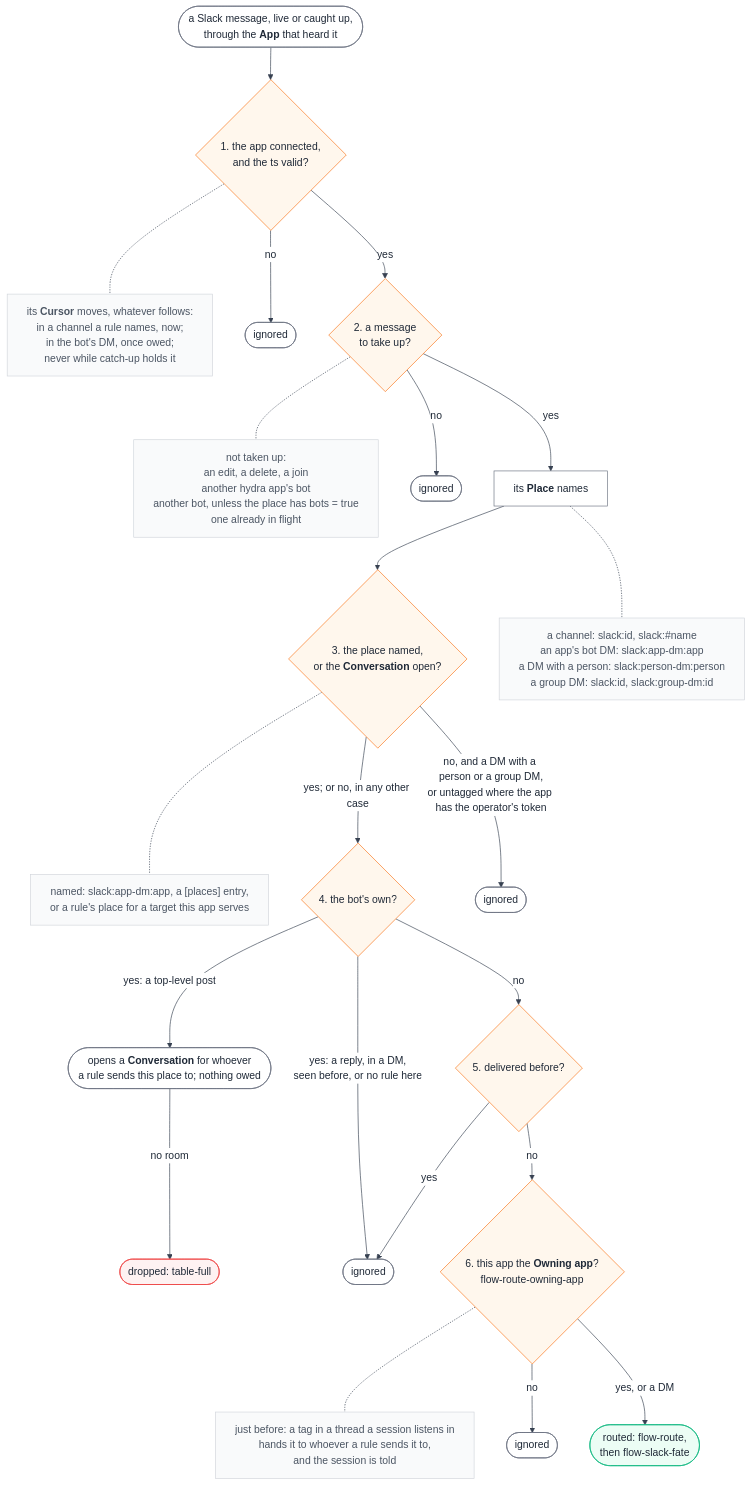
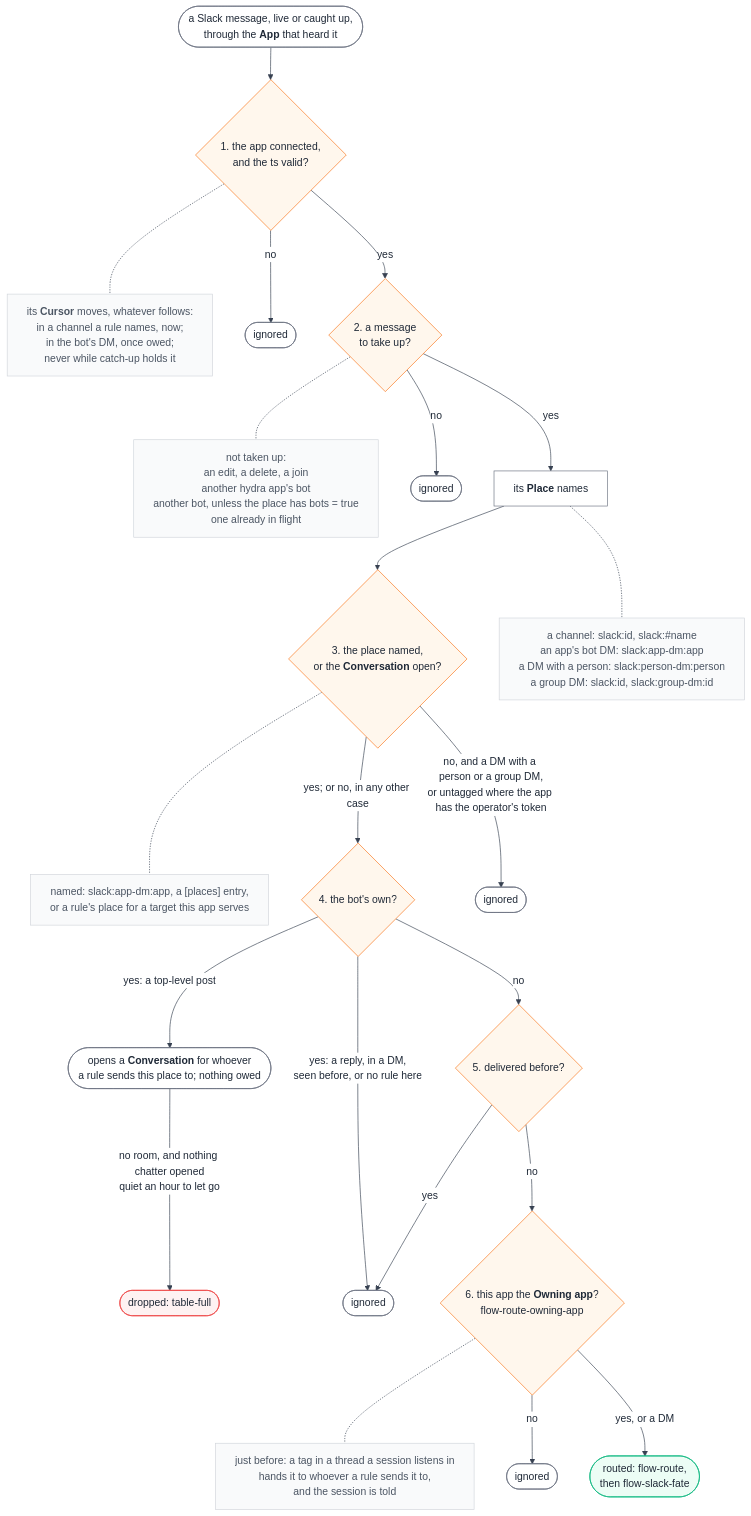
The diagram in diagrams/flow-slack-accept.mmd (sf8193/hydra), drawn with Mermaid before and after one commit. The commit also changed 6 other files, not shown here.

Commit message:
Review: hand-binding counts toward TOOL_BIND_MAX; a reply restarts the quiet clock; the bot's own post never evicts a person's thread; the alert and docs say only a tag or DM reopens one let go; diagrams

```diff
--- a/diagrams/flow-slack-accept.mmd
+++ b/diagrams/flow-slack-accept.mmd
@@ -1,57 +1,57 @@
 %%{init: {"theme":"base","themeVariables":{"background":"#ffffff","primaryColor":"#ffffff","primaryBorderColor":"#6b7280","primaryTextColor":"#1f2937","lineColor":"#374151","clusterBkg":"#ffffff","clusterBorder":"#d1d5db"},"flowchart":{"wrappingWidth":420,"useMaxWidth":false}}}%%
 %% Which Slack messages does an app take up and hand to routing?
 %% ConversationTable.handle and classify, connectors/slack/watch.ts:734 and :756.
 %% Before: flow-slack-hear, flow-slack-catchup. Next: flow-route-owning-app, flow-route, flow-slack-fate. Every box's source: diagrams/flow-slack-accept.sources.md.
 flowchart TD
   in(["a Slack message, live or caught up,<br/>through the <b>App</b> that heard it"])
   g1{"1. the app connected,<br/>and the ts valid?"}
   cur["its <b>Cursor</b> moves, whatever follows:<br/>in a channel a rule names, now;<br/>in the bot's DM, once owed;<br/>never while catch-up holds it"]
   g2{"2. a message<br/>to take up?"}
   n2["not taken up:<br/>an edit, a delete, a join<br/>another hydra app's bot<br/>another bot, unless the place has bots = true<br/>one already in flight"]
   names["its <b>Place</b> names"]
   nn["a channel: slack:id, slack:#name<br/>an app's bot DM: slack:app-dm:app<br/>a DM with a person: slack:person-dm:person<br/>a group DM: slack:id, slack:group-dm:id"]
   g3{"3. the place named,<br/>or the <b>Conversation</b> open?"}
   n3["named: slack:app-dm:app, a [places] entry,<br/>or a rule's place for a target this app serves"]
   g4{"4. the bot's own?"}
   own(["opens a <b>Conversation</b> for whoever<br/>a rule sends this place to; nothing owed"])
   g5{"5. delivered before?"}
   take["just before: a tag in a thread a session listens in<br/>hands it to whoever a rule sends it to,<br/>and the session is told"]
   g6{"6. this app the <b>Owning app</b>?<br/>flow-route-owning-app"}
   routed(["routed: flow-route,<br/>then flow-slack-fate"])
   ign1(["ignored"])
   ign2(["ignored"])
   ign3(["ignored"])
   ign4(["ignored"])
   ign5(["ignored"])
   tfull(["dropped: table-full"])
 
   in --> g1
   g1 -.- cur
   g1 -->|no| ign1
   g1 -->|yes| g2
   g2 -.- n2
   g2 -->|no| ign2
   g2 -->|yes| names --> g3
   names -.- nn
   g3 -.- n3
   g3 -->|"yes; or no, in any other case"| g4
   g3 -->|"no, and a DM with a person or a group DM,<br/>or untagged where the app has the operator's token"| ign3
   g4 -->|"yes: a top-level post"| own
-  own -->|"no room"| tfull
+  own -->|"no room, and nothing chatter opened<br/>quiet an hour to let go"| tfull
   g4 -->|"yes: a reply, in a DM,<br/>seen before, or no rule here"| ign4
   g4 -->|no| g5
   g5 -->|yes| ign4
   g5 -->|no| g6
   g6 -.- take
   g6 -->|"no"| ign5
   g6 -->|"yes, or a DM"| routed
 
   classDef gate fill:#fff7ed,stroke:#f97316,color:#1f2937
   classDef stop fill:#fef2f2,stroke:#ef4444,color:#1f2937
   classDef wait fill:#f3f4f6,stroke:#9ca3af,color:#1f2937
   classDef done fill:#ecfdf5,stroke:#10b981,color:#1f2937
   classDef note fill:#f9fafb,stroke:#d1d5db,color:#4b5563
   class g1,g2,g3,g4,g5,g6 gate
   class tfull stop
   class routed done
   class cur,n2,nn,n3,take note
```
